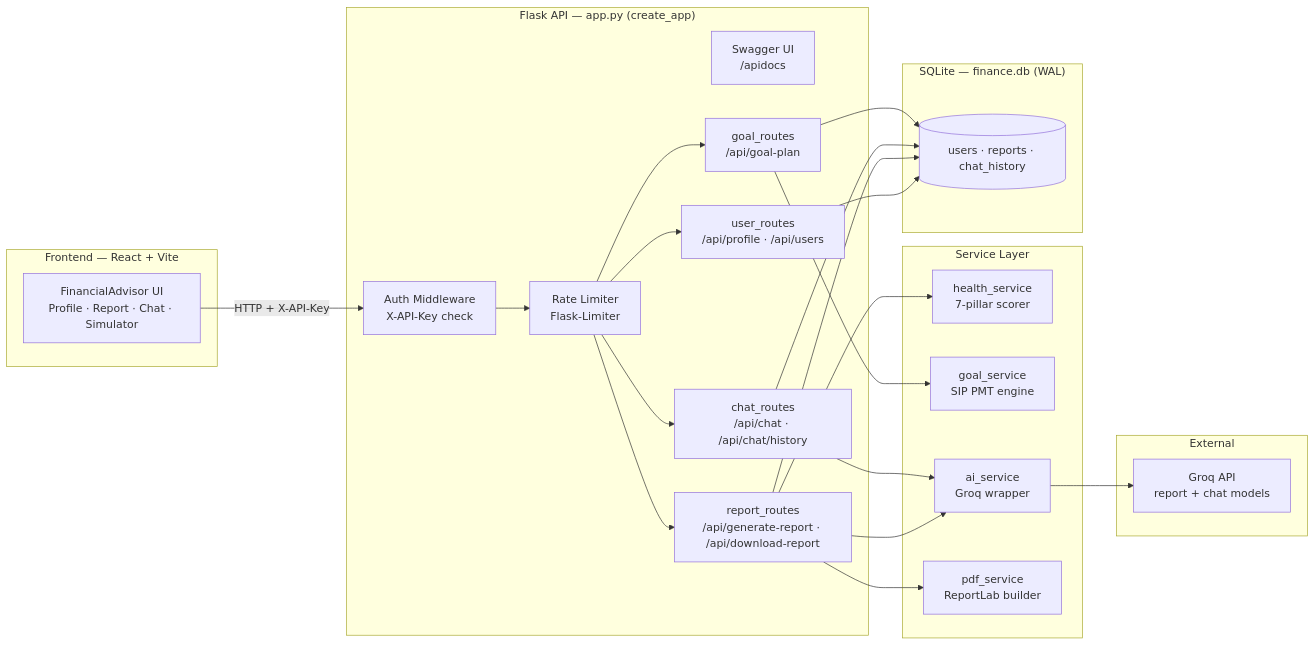
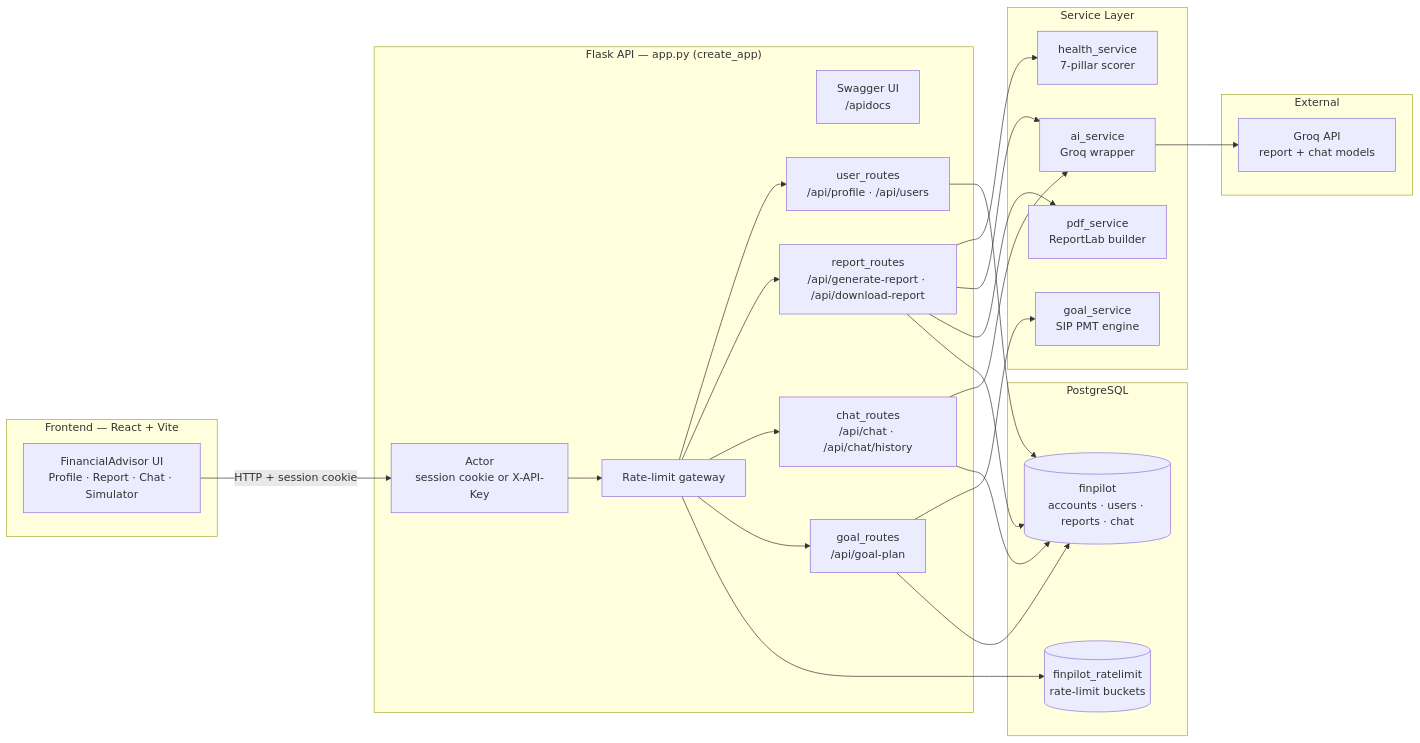
The first of 2 diagrams in README.md (ShantanuGarg2004/FinPilot), drawn with Mermaid before and after one commit. The commit also changed other lines of this file and 1 other file, not shown here.

````diff
--- a/README.md
+++ b/README.md
@@ -86,41 +93,43 @@
 ```mermaid
 flowchart LR
     subgraph CLIENT["Frontend — React + Vite"]
         UI["FinancialAdvisor UI<br/>Profile · Report · Chat · Simulator"]
     end
 
     subgraph API["Flask API — app.py (create_app)"]
-        MW["Auth Middleware<br/>X-API-Key check"]
-        RL["Rate Limiter<br/>Flask-Limiter"]
+        MW["Actor<br/>session cookie or X-API-Key"]
+        RL["Rate-limit gateway"]
         SW["Swagger UI<br/>/apidocs"]
         UB["user_routes<br/>/api/profile · /api/users"]
         RB["report_routes<br/>/api/generate-report · /api/download-report"]
         CB["chat_routes<br/>/api/chat · /api/chat/history"]
         GB["goal_routes<br/>/api/goal-plan"]
     end
 
     subgraph SERVICES["Service Layer"]
         HS["health_service<br/>7-pillar scorer"]
         GS["goal_service<br/>SIP PMT engine"]
         AS["ai_service<br/>Groq wrapper"]
         PS["pdf_service<br/>ReportLab builder"]
     end
 
     subgraph EXTERNAL["External"]
         OAI["Groq API<br/>report + chat models"]
     end
 
-    subgraph DATA["SQLite — finance.db (WAL)"]
-        DB[("users · reports · chat_history")]
+    subgraph DATA["PostgreSQL"]
+        DB[("finpilot<br/>accounts · users · reports · chat")]
+        RLDB[("finpilot_ratelimit<br/>rate-limit buckets")]
     end
 
-    UI -- "HTTP + X-API-Key" --> MW
+    UI -- "HTTP + session cookie" --> MW
     MW --> RL
     RL --> UB & RB & CB & GB
 
+    RL --> RLDB
     UB --> DB
     RB --> HS & AS & PS & DB
     CB --> AS & DB
     GB --> GS & DB
     AS --> OAI
 ```
````
